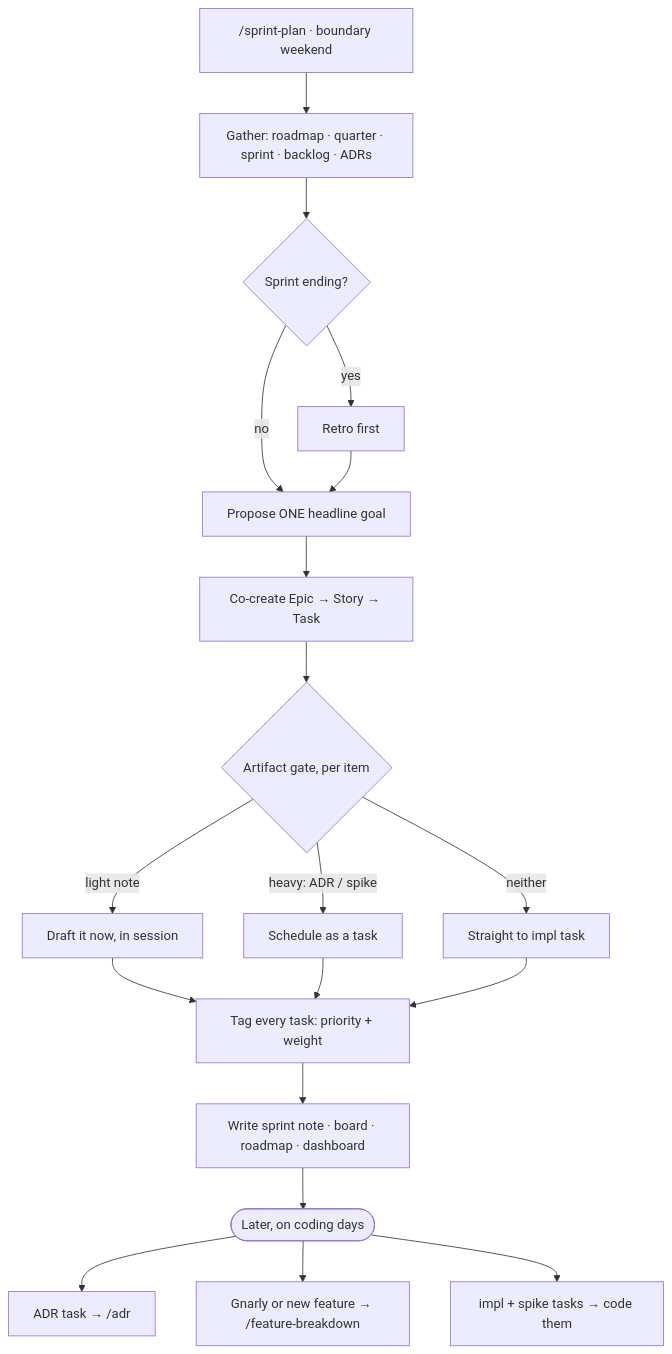
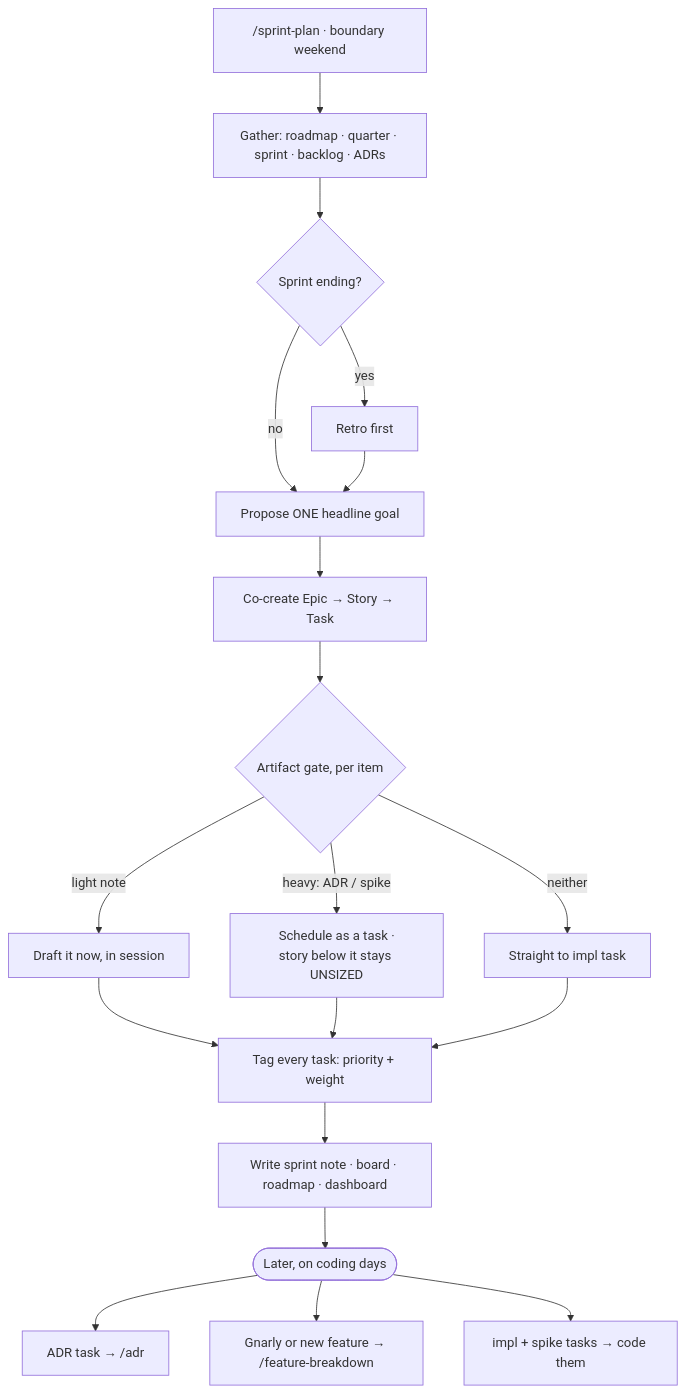
The diagram in docs/06 Sprints/Planning Workflow — Artifact Gate.md (techattackteam/TechEngine), drawn with Mermaid before and after one commit. The commit also changed other lines of this file and 10 other files, not shown here.

````diff
--- a/docs/06 Sprints/Planning Workflow — Artifact Gate.md
+++ b/docs/06 Sprints/Planning Workflow — Artifact Gate.md
@@ -114,21 +135,21 @@
 ```mermaid
 flowchart TD
     A["/sprint-plan · boundary weekend"] --> B["Gather: roadmap · quarter · sprint · backlog · ADRs"]
     B --> C{"Sprint ending?"}
     C -->|yes| D["Retro first"]
     C -->|no| E["Propose ONE headline goal"]
     D --> E
     E --> F["Co-create Epic → Story → Task"]
     F --> G{"Artifact gate, per item"}
     G -->|light note| H["Draft it now, in session"]
-    G -->|"heavy: ADR / spike"| I["Schedule as a task"]
+    G -->|"heavy: ADR / spike"| I["Schedule as a task ·<br/>story below it stays UNSIZED"]
     G -->|neither| J["Straight to impl task"]
     H --> K["Tag every task: priority + weight"]
     I --> K
     J --> K
     K --> L["Write sprint note · board · roadmap · dashboard"]
     L --> M(["Later, on coding days"])
     M --> N["ADR task → /adr"]
     M --> O["Gnarly or new feature → /feature-breakdown"]
     M --> P["impl + spike tasks → code them"]
 ```
````
